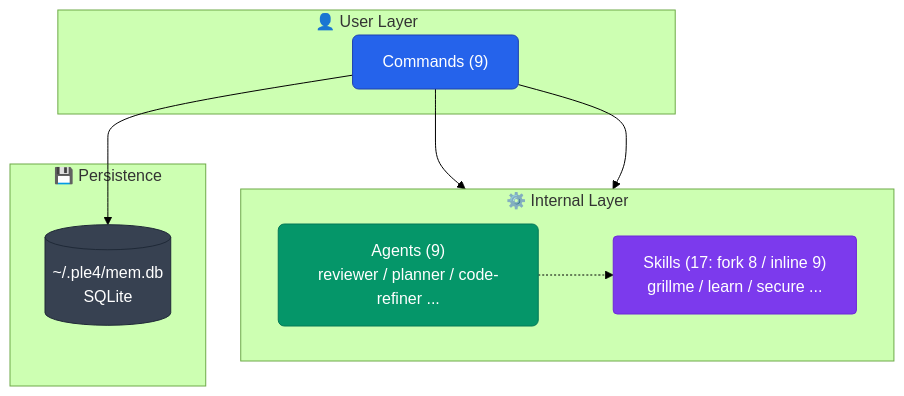
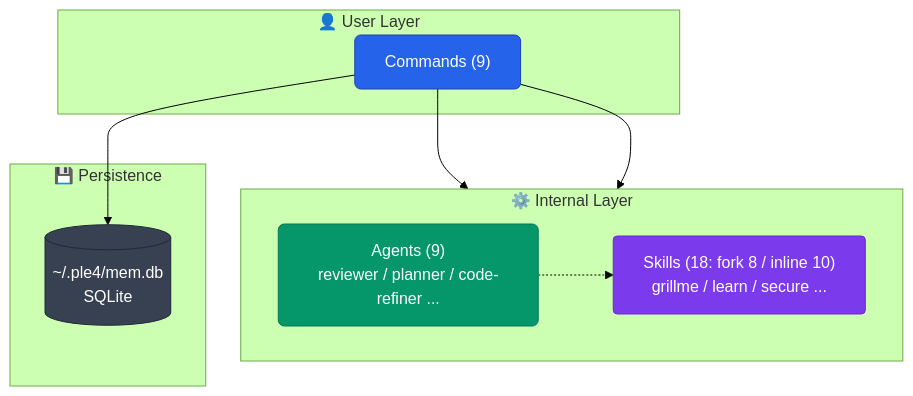
One commit to aokumablue/claq changed diagram 12 of 12 in README.md. Above: the diagram before and after it, drawn with Mermaid (forest theme). The commit also changed 1 other file, not shown here.

Commit message:
feat(skills): 人間がテストを走らせる往復モードの quick-test を追加
quick-code（実装の即時ハンドオフ）と同じ役割分担をテストコード実装へ移す。
走らせていないテストは色が未知なので、テスト1件ごとに期待する色（RED/GREEN）
を宣言し、宣言色と観測色が一致していれば成功と読む契約にした。正しく RED の
再現テストを次のターンで緑にしにいく退行を、これで塞ぐ。

判別力の実証（変異を入れて赤を確認する）は自分で走らせられないため、変異手順
を1行で人間へ渡す形に置き換えた。テストが落ちてもプロダクトコードは直さない
— 失敗は仕様の不明点として返す。ここだけ quick-code の「最も確率の高い修正を
即座に適用する」と逆向きなので、ルール4として明示的に打ち消してある。

````diff
--- a/README.md
+++ b/README.md
@@ -520,26 +520,26 @@
 ```mermaid
 flowchart TB
   classDef cmd    fill:#2563eb,stroke:#1e40af,color:#fff,rx:6
   classDef agent  fill:#059669,stroke:#047857,color:#fff,rx:6
   classDef skill  fill:#7c3aed,stroke:#6d28d9,color:#fff,rx:4
   classDef store  fill:#374151,stroke:#1f2937,color:#fff,rx:4
 
   subgraph user["👤 User Layer"]
     CMD["Commands (9)"]:::cmd
   end
 
   subgraph internal["⚙️ Internal Layer"]
     direction LR
     AGT["Agents (9)<br/>reviewer / planner / code-refiner ..."]:::agent
-    SKL["Skills (17: fork 8 / inline 9)<br/>grillme / learn / secure ..."]:::skill
+    SKL["Skills (18: fork 8 / inline 10)<br/>grillme / learn / secure ..."]:::skill
   end
 
   subgraph persistence["💾 Persistence"]
     DB[("~/.ple4/mem.db<br/>SQLite")]:::store
   end
 
   CMD --> AGT
   CMD --> SKL
   AGT -.-> SKL
   CMD --> DB
 ```
````
